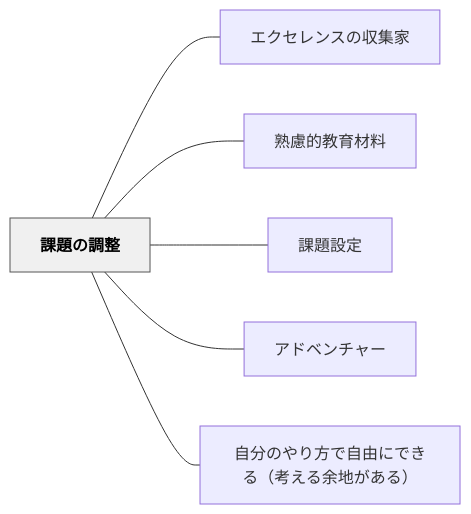
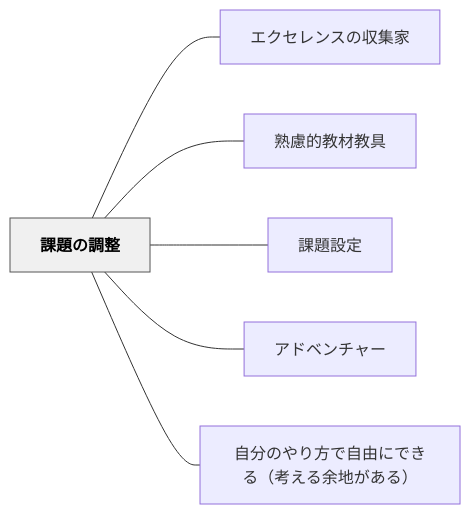
The diagram in content/パタン/課題の調整.md (unknownthings-ed-patterns/unknownthings-ed-patterns), drawn with Mermaid before and after one commit. The commit also changed other lines of this file and 72 other files, not shown here.

````diff
--- a/content/パタン/課題の調整.md
+++ b/content/パタン/課題の調整.md
@@ -50,18 +50,18 @@
 ```mermaid
 flowchart LR
     ne8aab2e9a18ce381aee8aabfe695b4["課題の調整"]
     ne382a8e382afe382bbe383ace383b3e382b9e381aee58f8ee99b86e5aeb6["エクセレンスの収集家"]
-    ne7869fe685aee79a84e69599e882b2e69d90e69699["熟慮的教育材料"]
+    ne7869fe685aee79a84e69599e69d90e69599e585b7["熟慮的教材教具"]
     ne8aab2e9a18ce8a8ade5ae9a["課題設定"]
     ne382a2e38389e38399e383b3e38381e383a3e383bc["アドベンチャー"]
     ne887aae58886e381aee38284e3828ae696b9e381a7e887aae794b1e381abe381a7e3818de3828befbc88e88083e38188e3828be4bd99e59cb0e3818ce38182e3828befbc89["自分のやり方で自由にできる（考える余地がある）"]
 
     ne8aab2e9a18ce381aee8aabfe695b4 --- ne382a8e382afe382bbe383ace383b3e382b9e381aee58f8ee99b86e5aeb6
-    ne8aab2e9a18ce381aee8aabfe695b4 --- ne7869fe685aee79a84e69599e882b2e69d90e69699
+    ne8aab2e9a18ce381aee8aabfe695b4 --- ne7869fe685aee79a84e69599e69d90e69599e585b7
     ne8aab2e9a18ce381aee8aabfe695b4 --- ne8aab2e9a18ce8a8ade5ae9a
     ne8aab2e9a18ce381aee8aabfe695b4 --- ne382a2e38389e38399e383b3e38381e383a3e383bc
     ne8aab2e9a18ce381aee8aabfe695b4 --- ne887aae58886e381aee38284e3828ae696b9e381a7e887aae794b1e381abe381a7e3818de3828befbc88e88083e38188e3828be4bd99e59cb0e3818ce38182e3828befbc89
 
     classDef hub fill:#f0f0f0,stroke:#555,color:#000,font-weight:bold
     class ne8aab2e9a18ce381aee8aabfe695b4 hub
 ```
````
